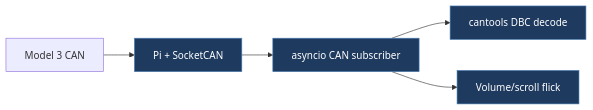
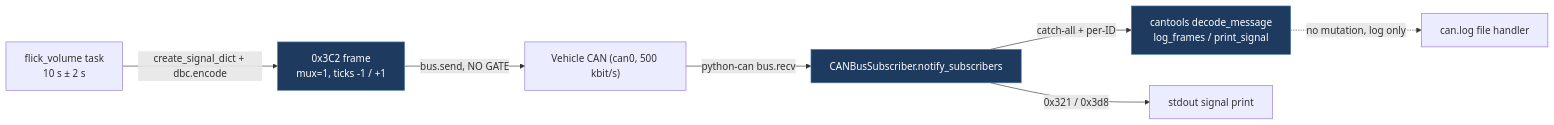
One commit to babico/TeslaCANModder changed the first of 2 diagrams in docs/legacy/cbusillo-TeslaPiCAN.md. Above: the diagram before and after it, drawn with Mermaid. The commit also changed other lines of this file and 99 other files, not shown here.

````diff
--- a/docs/legacy/cbusillo-TeslaPiCAN.md
+++ b/docs/legacy/cbusillo-TeslaPiCAN.md
@@ -26,9 +69,11 @@
 ```mermaid
 flowchart LR
-    Car["Model 3 CAN"] --> Pi["Pi + SocketCAN"]
-    Pi --> Async["asyncio CAN subscriber"]
-    Async --> DBC["cantools DBC decode"]
-    Async --> Wheel["Volume/scroll flick<br/→ periodic CAN commands"]
-    classDef path fill:#1e3a5f,stroke:#4a7fb5,color:#fff
-    class Pi,Async,DBC,Wheel path
+    CAR["Vehicle CAN (can0, 500 kbit/s)"] -->|python-can bus.recv| SUB["CANBusSubscriber.notify_subscribers"]
+    SUB -->|catch-all + per-ID| DEC["cantools decode_message<br/>log_frames / print_signal"]
+    SUB -->|0x321 / 0x3d8| PRN["stdout signal print"]
+    FLICK["flick_volume task<br/>10 s ± 2 s"] -->|create_signal_dict + dbc.encode| ENC["0x3C2 frame<br/>mux=1, ticks -1 / +1"]
+    ENC -->|bus.send, NO GATE| CAR
+    DEC -.->|no mutation, log only| LOG["can.log file handler"]
+    classDef edge fill:#1e3a5f,stroke:#4a7fb5,color:#fff
+    class SUB,DEC,ENC edge
 ```
````
